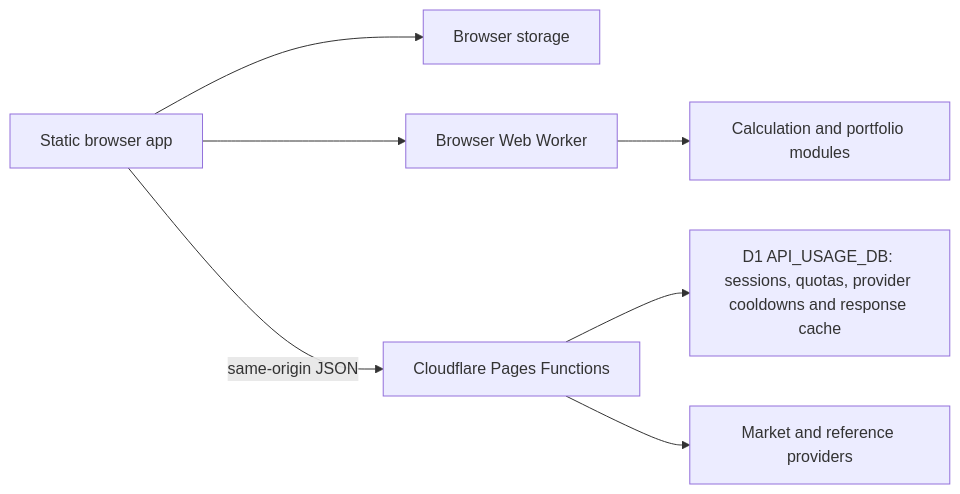
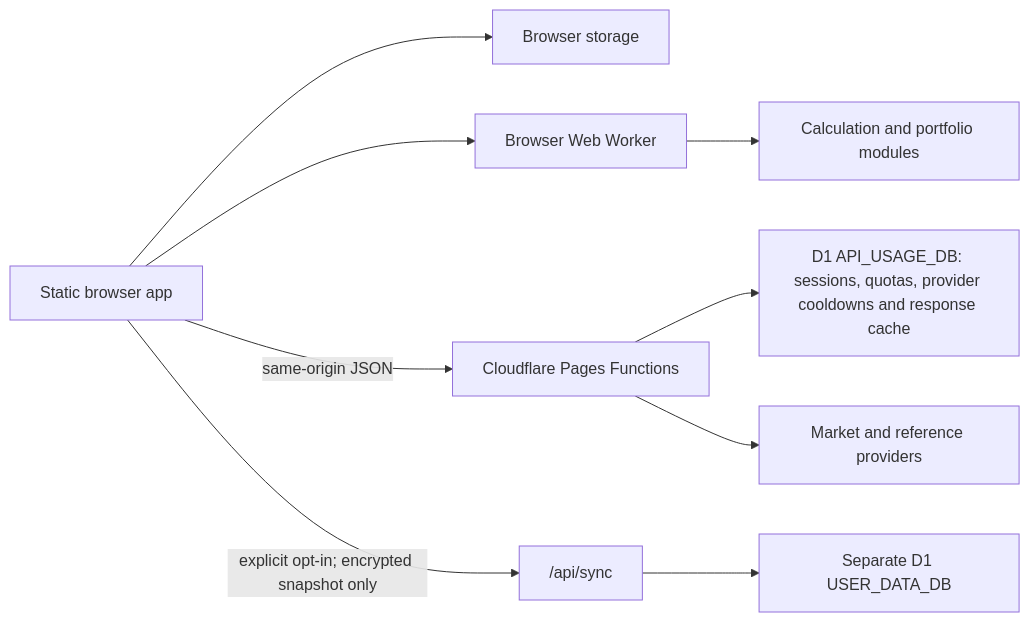
One commit to tahamoeini/synthora changed the diagram in docs/architecture-and-portability.md. Above: the diagram before and after it, drawn with Mermaid. The commit also changed other lines of this file and 28 other files, not shown here.

First line of the commit message:
feat: enhance donut chart legend with user content attribute

````diff
--- a/docs/architecture-and-portability.md
+++ b/docs/architecture-and-portability.md
@@ -11,9 +11,11 @@
 ```mermaid
 flowchart LR
   Browser["Static browser app"] --> Local["Browser storage"]
   Browser --> Worker["Browser Web Worker"]
   Worker --> Domain["Calculation and portfolio modules"]
   Browser -->|same-origin JSON| Routes["Cloudflare Pages Functions"]
   Routes --> D1["D1 API_USAGE_DB: sessions, quotas, provider cooldowns and response cache"]
   Routes --> Providers["Market and reference providers"]
+  Browser -->|explicit opt-in; encrypted snapshot only| Sync["/api/sync"]
+  Sync --> UserDB["Separate D1 USER_DATA_DB"]
 ```
````
